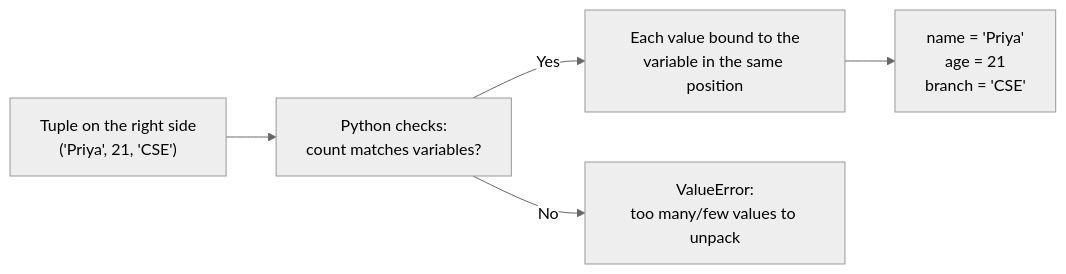
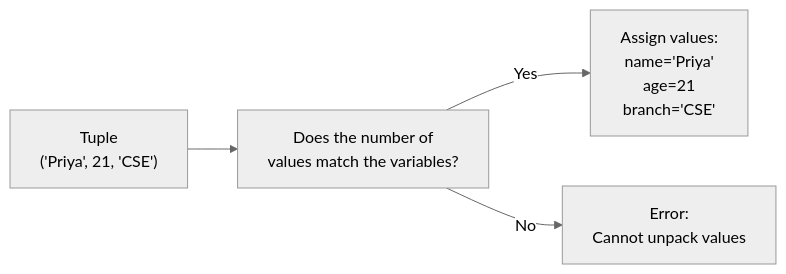
The diagram in modules/p3-data-structures/unit-3-2-tuples.md (VishnuKumpati/Python-foundations), drawn with Mermaid (neutral theme) before and after one commit. The commit also changed other lines of this file, not shown here.

First line of the commit message:
Simplify Unit 3.2 tuple unpacking flowchart and syntax section

````diff
--- a/modules/p3-data-structures/unit-3-2-tuples.md
+++ b/modules/p3-data-structures/unit-3-2-tuples.md
@@ -105,7 +115,9 @@
 ```mermaid
 flowchart LR
-    A["Tuple on the right side<br/>('Priya', 21, 'CSE')"] --> B["Python checks:<br/>count matches variables?"]
-    B -->|Yes| C["Each value bound to the<br/>variable in the same position"]
-    B -->|No| D["ValueError:<br/>too many/few values to unpack"]
-    C --> E["name = 'Priya'<br/>age = 21<br/>branch = 'CSE'"]
+    A["Tuple<br/>('Priya', 21, 'CSE')"]
+    --> B["Does the number of<br/>values match the variables?"]
+
+    B -->|Yes| C["Assign values:<br/>name='Priya'<br/>age=21<br/>branch='CSE'"]
+
+    B -->|No| D["Error:<br/>Cannot unpack values"]
 ```
````
